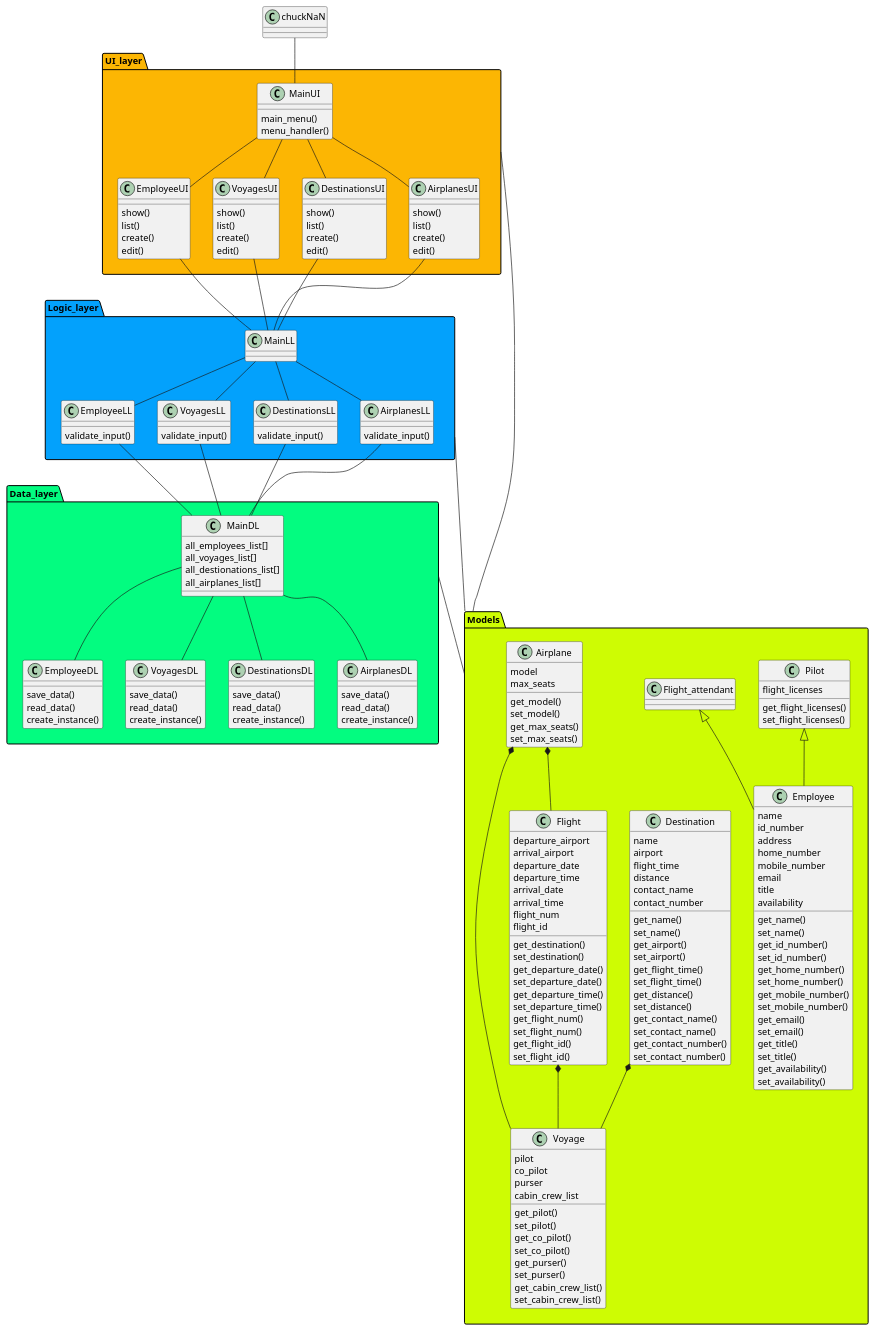
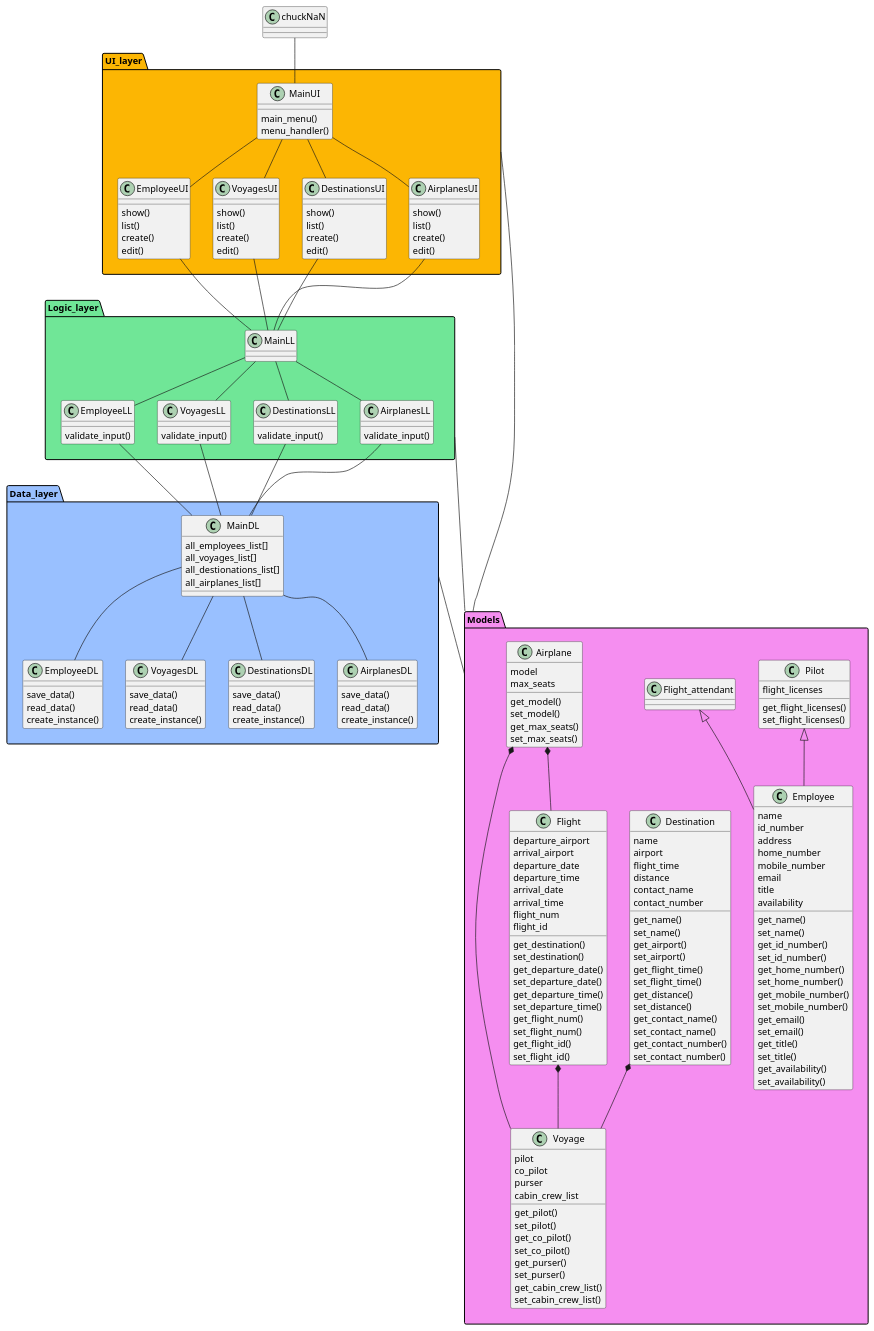
Before and after one commit to irmalexandra/vln1_chuck_nan: the diagram in ClassDiagram.puml, drawn with PlantUML. The commit also changed 4 other files, not shown here.

```diff
--- a/ClassDiagram.puml
+++ b/ClassDiagram.puml
@@ -42,7 +42,7 @@
   MainUI -- AirplanesUI
 }
 
-package Logic_layer #03a1fc {
+package Logic_layer #70e697 {
 
   class MainLL{
 
@@ -72,7 +72,7 @@
 
 }
 
-package Data_layer #03fc80{
+package Data_layer #99c0ff{
 
   class MainDL{
     all_employees_list[]
@@ -128,7 +128,7 @@
 
 
 
-package Models #cefc03{
+package Models #f58ef0{
 
 
 class Employee {
```
